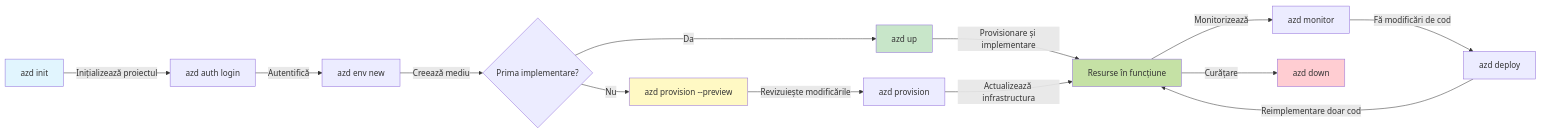
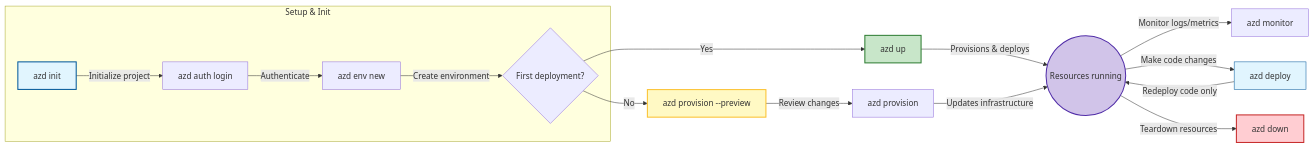
Before and after one commit to microsoft/AZD-for-beginners: the first of 2 diagrams in translations/ro/docs/chapter-01-foundation/azd-basics.md, drawn with Mermaid. The commit also changed other lines of this file and 57 other files, not shown here.

````diff
--- a/translations/ro/docs/chapter-01-foundation/azd-basics.md
+++ b/translations/ro/docs/chapter-01-foundation/azd-basics.md
@@ -269,21 +264,36 @@
 ```mermaid
 graph LR
-    A[azd init] -->|Inițializează proiectul| B[azd auth login]
-    B -->|Autentifică| C[azd env new]
-    C -->|Creează mediu| D{Prima implementare?}
-    D -->|Da| E[azd up]
-    D -->|Nu| F[azd provision --preview]
-    F -->|Revizuiește modificările| G[azd provision]
-    E -->|Provisionare și implementare| H[Resurse în funcțiune]
-    G -->|Actualizează infrastructura| H
-    H -->|Monitorizează| I[azd monitor]
-    I -->|Fă modificări de cod| J[azd deploy]
-    J -->|Reimplementare doar cod| H
-    H -->|Curățare| K[azd down]
+    %% Initialization Phase
+    subgraph Setup & Init
+        A[azd init] -->|Initialize project| B[azd auth login]
+        B -->|Authenticate| C[azd env new]
+        C -->|Create environment| D{First deployment?}
+    end
+
+    %% Deployment Phase
+    D -->|Yes| E[azd up]
+    D -->|No| F[azd provision --preview]
     
-    style A fill:#e1f5fe
-    style E fill:#c8e6c9
-    style F fill:#fff9c4
-    style H fill:#c5e1a5
-    style K fill:#ffcdd2
+    F -->|Review changes| G[azd provision]
+    
+    %% Operational Phase
+    E -->|Provisions & deploys| H((Resources running))
+    G -->|Updates infrastructure| H
+    
+    H -->|Monitor logs/metrics| I[azd monitor]
+    
+    %% Daily Dev Loop
+    J[azd deploy] -->|Redeploy code only| H
+    H -->|Make code changes| J
+    
+    %% Cleanup
+    H -->|Teardown resources| K[azd down]
+
+    %% Styling
+    style A fill:#e1f5fe,stroke:#01579b,stroke-width:2px
+    style E fill:#c8e6c9,stroke:#2e7d32,stroke-width:2px
+    style F fill:#fff9c4,stroke:#fbc02d,stroke-width:2px
+    style H fill:#d1c4e9,stroke:#512da8,stroke-width:2px
+    style J fill:#e1f5fe,stroke:#01579b,stroke-width:1px
+    style K fill:#ffcdd2,stroke:#c62828,stroke-width:2px
 ```
````
